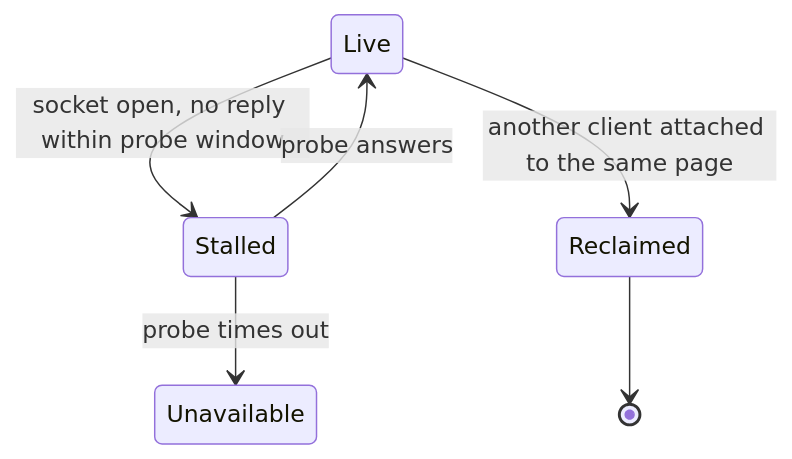
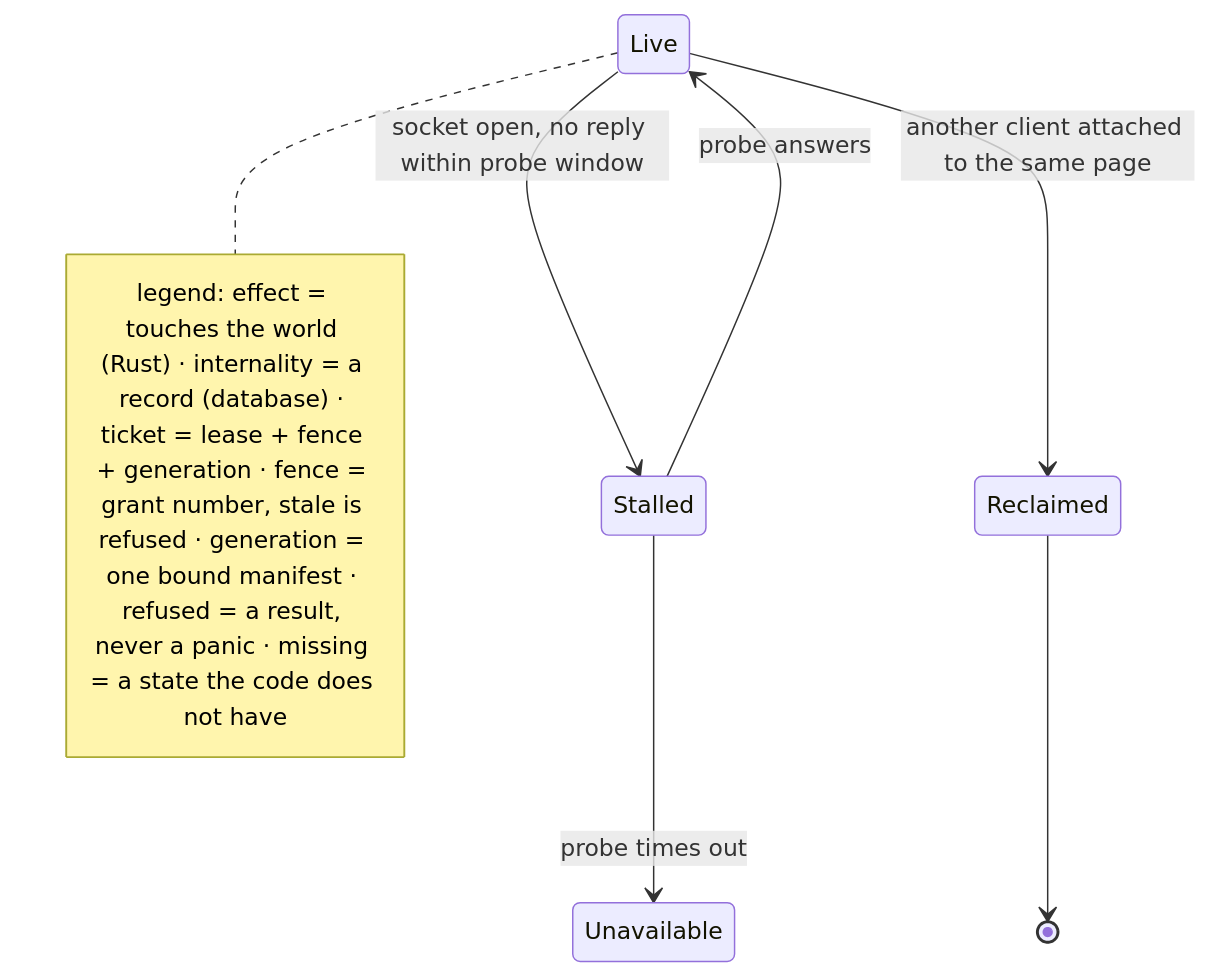
Before and after one commit to MergedBeastAgito/Agito: the fourth of 4 diagrams in docs/diagram/20-Browser.md, drawn with Mermaid. The commit also changed other lines of this file and 16 other files, not shown here.

First line of the commit message:
refactor(rust): add authority abstraction, seal, and ticket improvements

````diff
--- a/docs/diagram/20-Browser.md
+++ b/docs/diagram/20-Browser.md
@@ -70,8 +77,11 @@
 ```mermaid
 stateDiagram-v2
 	Live --> Stalled: socket open, no reply within probe window
 	Stalled --> Live: probe answers
 	Stalled --> Unavailable: probe times out
 	Live --> Reclaimed: another client attached to the same page
 	Reclaimed --> [*]
+	note right of Live
+		legend: effect = touches the world (Rust) · internality = a record (database) · ticket = lease + fence + generation · fence = grant number, stale is refused · generation = one bound manifest · refused = a result, never a panic · missing = a state the code does not have
+	end note
 ```
````
